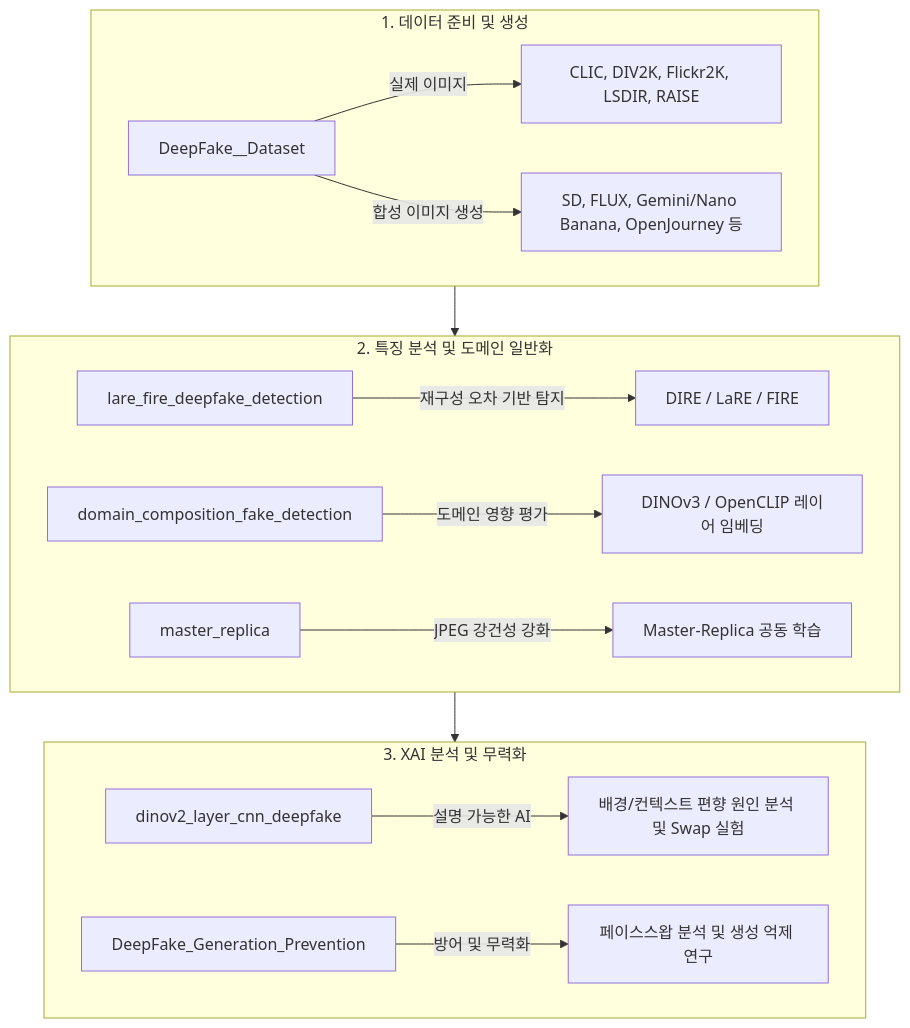
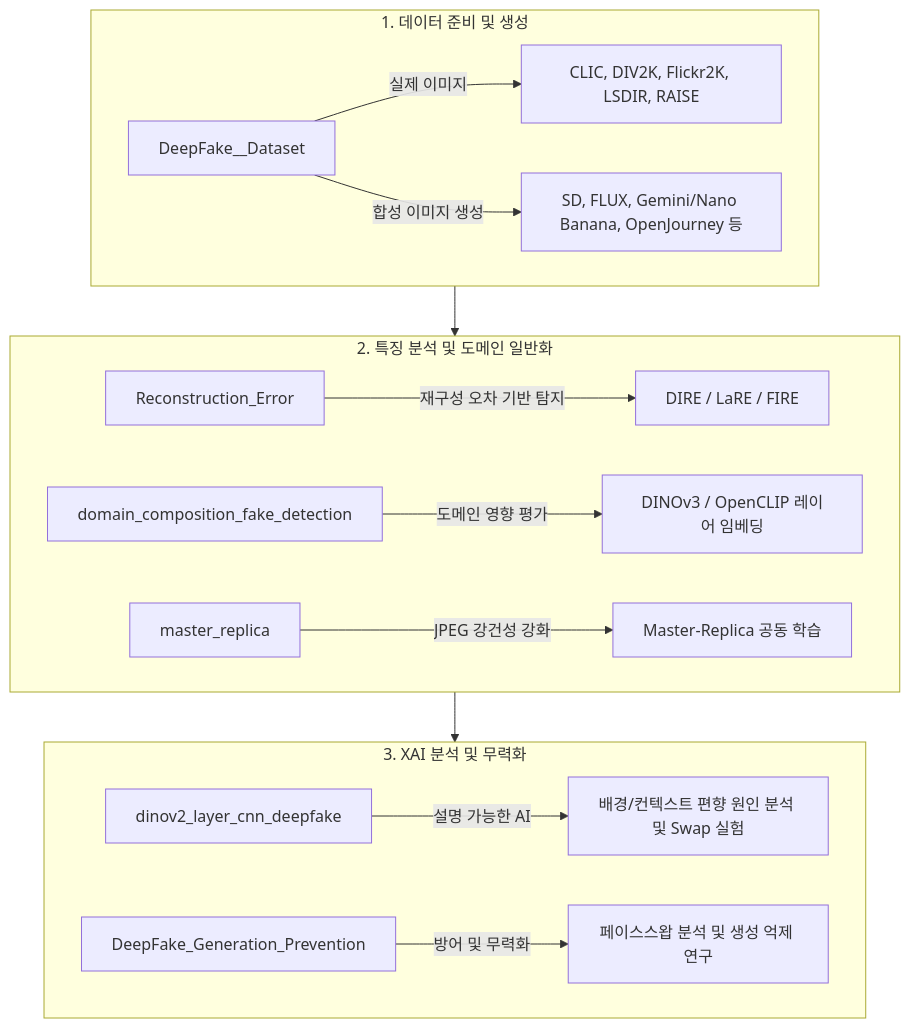
Before and after one commit to Fate-0527/DeepFake_Image_Detection: the diagram in README_ko.md, drawn with Mermaid. The commit also changed other lines of this file and 1 other file, not shown here.

Commit message:
docs: Update index repository links to Reconstruction_Error

````diff
--- a/README_ko.md
+++ b/README_ko.md
@@ -71,21 +71,21 @@
 ```mermaid
 flowchart TD
     subgraph DataPrep [1. 데이터 준비 및 생성]
         A[DeepFake__Dataset] -->|실제 이미지| B[CLIC, DIV2K, Flickr2K, LSDIR, RAISE]
         A -->|합성 이미지 생성| C[SD, FLUX, Gemini/Nano Banana, OpenJourney 등]
     end
 
     subgraph FeatureExtract [2. 특징 분석 및 도메인 일반화]
-        D[lare_fire_deepfake_detection] -->|재구성 오차 기반 탐지| E[DIRE / LaRE / FIRE]
+        D[Reconstruction_Error] -->|재구성 오차 기반 탐지| E[DIRE / LaRE / FIRE]
         F[domain_composition_fake_detection] -->|도메인 영향 평가| G[DINOv3 / OpenCLIP 레이어 임베딩]
         H[master_replica] -->|JPEG 강건성 강화| I[Master-Replica 공동 학습]
     end
 
     subgraph Analysis [3. XAI 분석 및 무력화]
         J[dinov2_layer_cnn_deepfake] -->|설명 가능한 AI| K[배경/컨텍스트 편향 원인 분석 및 Swap 실험]
         L[DeepFake_Generation_Prevention] -->|방어 및 무력화| M[페이스스왑 분석 및 생성 억제 연구]
     end
 
     DataPrep --> FeatureExtract
     FeatureExtract --> Analysis
 ```
````
